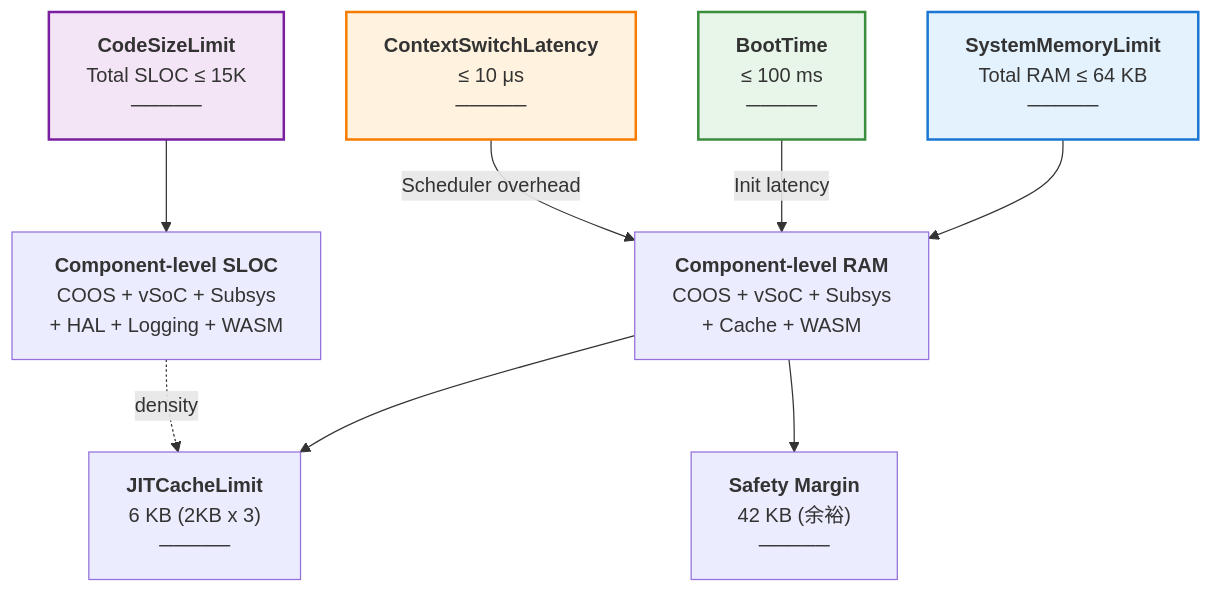
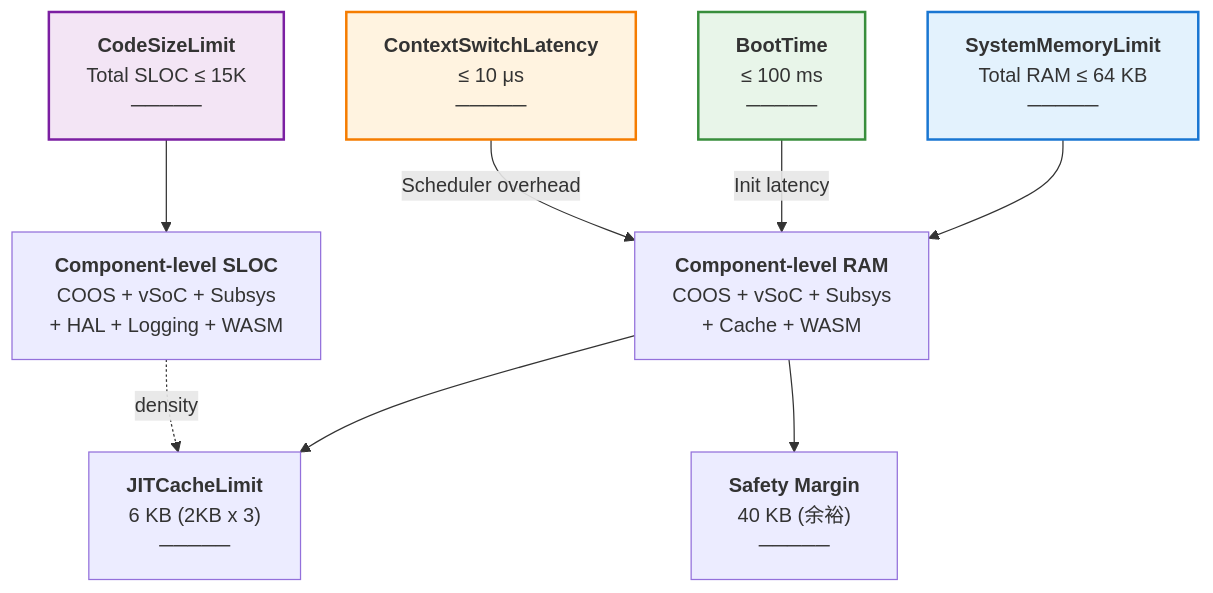
The diagram in docs/architecture/resource_budget.md (kmt-t/fireball), drawn with Mermaid before and after one commit. The commit also changed other lines of this file and 1 other file, not shown here.

Commit message:
docs(budget): harmonize 6KB JIT cache and 40KB safety margin across Track 4

````diff
--- a/docs/architecture/resource_budget.md
+++ b/docs/architecture/resource_budget.md
@@ -52,29 +52,29 @@
 ```mermaid
 graph TD
     SystemRAM["<b>SystemMemoryLimit</b><br/>Total RAM ≤ 64 KB<br/>─────"]
     ComponentRAM["<b>Component-level RAM</b><br/>COOS + vSoC + Subsys<br/>+ Cache + WASM"]
     JITCL["<b>JITCacheLimit</b><br/>6 KB (2KB x 3)<br/>─────"]
     
     CodeSizeL["<b>CodeSizeLimit</b><br/>Total SLOC ≤ 15K<br/>─────"]
     ComponentSLOC["<b>Component-level SLOC</b><br/>COOS + vSoC + Subsys<br/>+ HAL + Logging + WASM"]
     
     BootTimeL["<b>BootTime</b><br/>≤ 100 ms<br/>─────"]
     CtxSwitchL["<b>ContextSwitchLatency</b><br/>≤ 10 μs<br/>─────"]
     
-    SafetyMargin["<b>Safety Margin</b><br/>42 KB (余裕)<br/>─────"]
+    SafetyMargin["<b>Safety Margin</b><br/>40 KB (余裕)<br/>─────"]
     
     SystemRAM --> ComponentRAM
     ComponentRAM --> JITCL
     ComponentRAM --> SafetyMargin
     
     CodeSizeL --> ComponentSLOC
     ComponentSLOC -.->|density| JITCL
     
     BootTimeL --> |"Init latency"| ComponentRAM
     CtxSwitchL --> |"Scheduler overhead"| ComponentRAM
     
     style SystemRAM fill:#e3f2fd,stroke:#1976d2,stroke-width:2px
     style CodeSizeL fill:#f3e5f5,stroke:#7b1fa2,stroke-width:2px
     style BootTimeL fill:#e8f5e9,stroke:#388e3c,stroke-width:2px
     style CtxSwitchL fill:#fff3e0,stroke:#f57c00,stroke-width:2px
 ```
````
